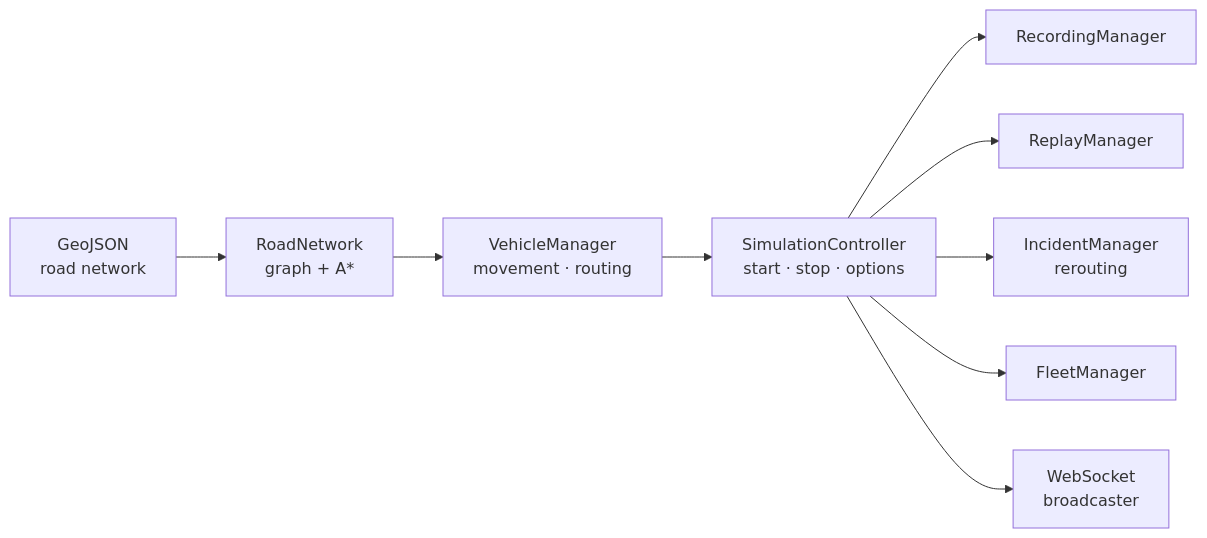
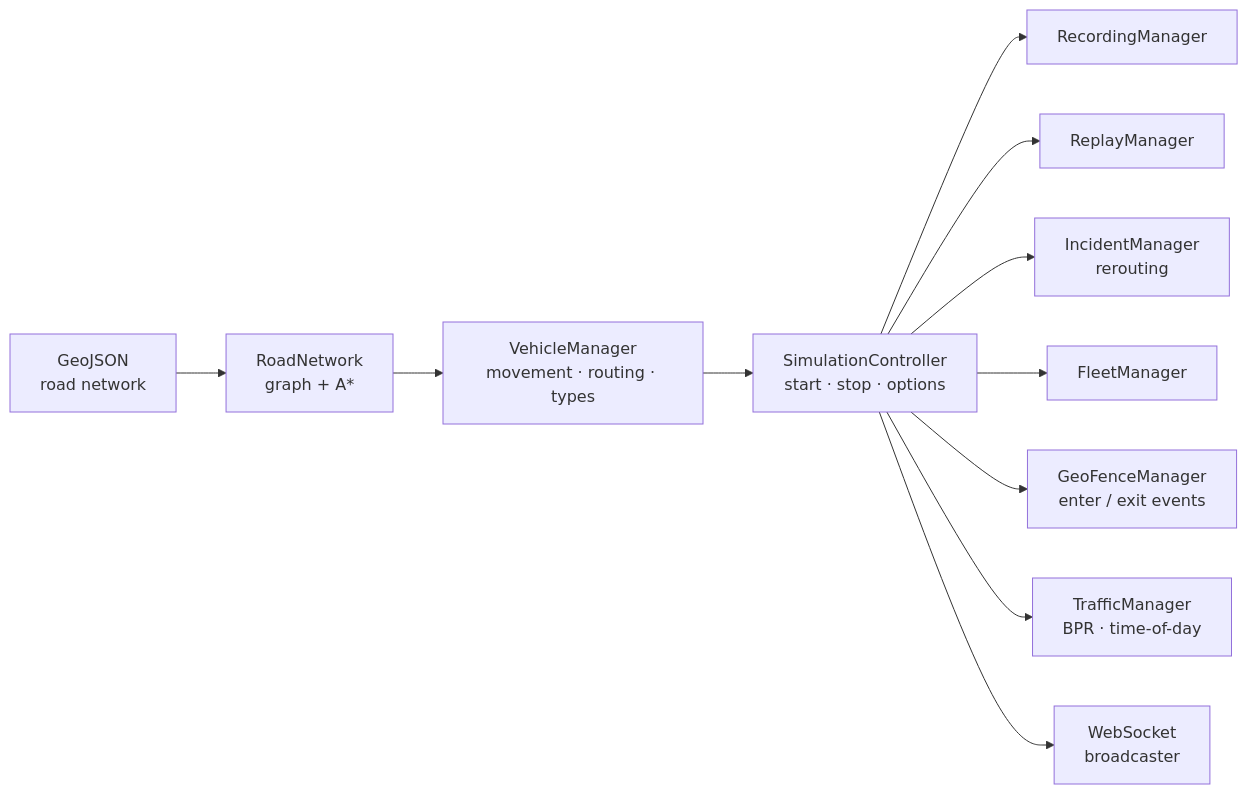
Before and after one commit to ivannovazzi/moveet: the second of 4 diagrams in README.md, drawn with Mermaid. The commit also changed other lines of this file, not shown here.

Commit message:
docs: update README with new features — network CLI, geofencing, vehicle types, traffic realism

````diff
--- a/README.md
+++ b/README.md
@@ -104,11 +120,13 @@
 ```mermaid
 flowchart LR
     GJ[GeoJSON<br/>road network] --> RN[RoadNetwork<br/>graph + A*]
-    RN --> VM[VehicleManager<br/>movement · routing]
+    RN --> VM[VehicleManager<br/>movement · routing · types]
     VM --> SC[SimulationController<br/>start · stop · options]
     SC --> RM[RecordingManager]
     SC --> RP[ReplayManager]
     SC --> IM[IncidentManager<br/>rerouting]
     SC --> FM[FleetManager]
+    SC --> GF[GeoFenceManager<br/>enter / exit events]
+    SC --> TM[TrafficManager<br/>BPR · time-of-day]
     SC --> WS[WebSocket<br/>broadcaster]
 ```
````
